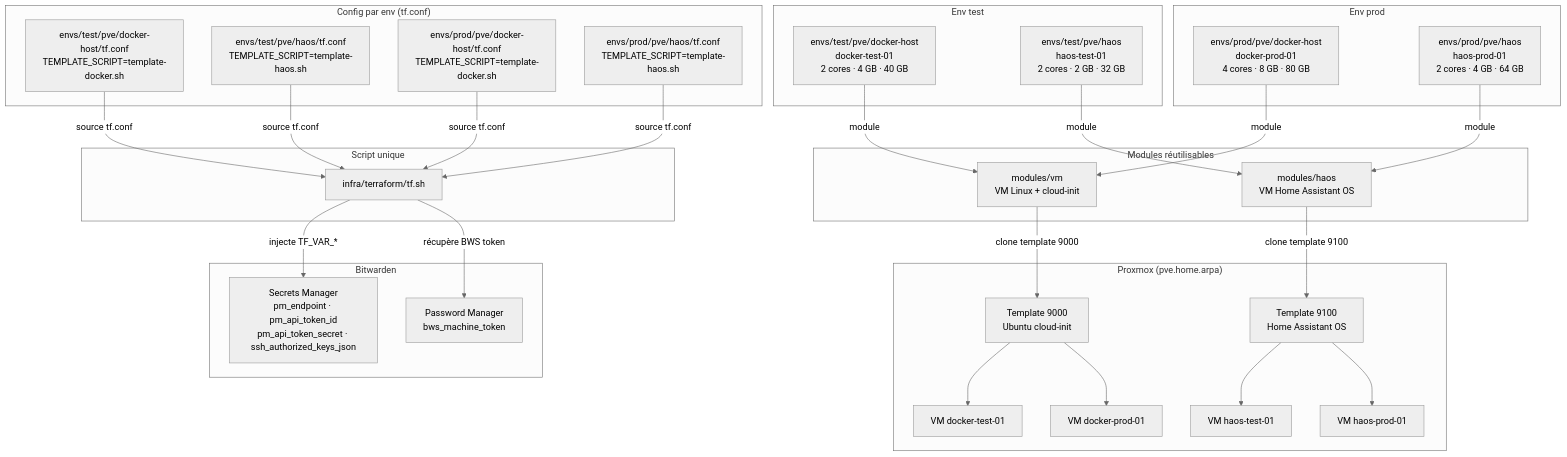
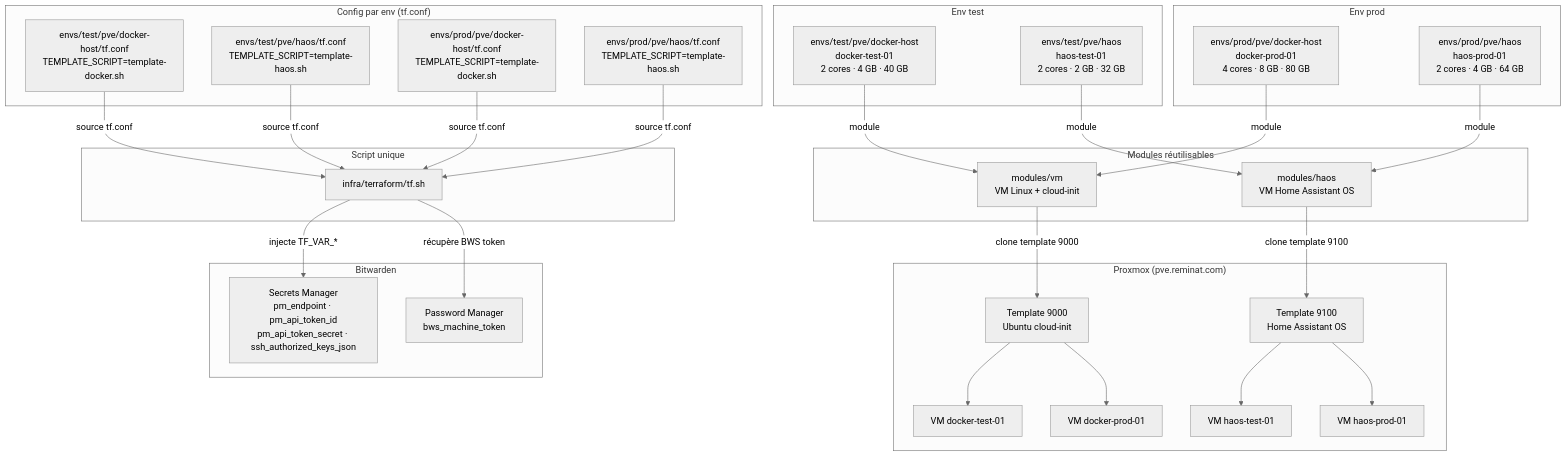
The diagram in infra/terraform/HOW-TO.md (reminat/remidom), drawn with Mermaid (neutral theme) before and after one commit. The commit also changed other lines of this file and 31 other files, not shown here.

````diff
--- a/infra/terraform/HOW-TO.md
+++ b/infra/terraform/HOW-TO.md
@@ -9,52 +9,52 @@
 ```mermaid
 graph TD
     subgraph Script["Script unique"]
         TF["infra/terraform/tf.sh"]
     end
 
     subgraph Conf["Config par env (tf.conf)"]
         C1["envs/test/pve/docker-host/tf.conf<br/>TEMPLATE_SCRIPT=template-docker.sh"]
         C2["envs/test/pve/haos/tf.conf<br/>TEMPLATE_SCRIPT=template-haos.sh"]
         C3["envs/prod/pve/docker-host/tf.conf<br/>TEMPLATE_SCRIPT=template-docker.sh"]
         C4["envs/prod/pve/haos/tf.conf<br/>TEMPLATE_SCRIPT=template-haos.sh"]
     end
 
     subgraph Modules["Modules réutilisables"]
         MV["modules/vm<br/>VM Linux + cloud-init"]
         MH["modules/haos<br/>VM Home Assistant OS"]
     end
 
     subgraph EnvTest["Env test"]
         ET1["envs/test/pve/docker-host<br/>docker-test-01<br/>2 cores · 4 GB · 40 GB"]
         ET2["envs/test/pve/haos<br/>haos-test-01<br/>2 cores · 2 GB · 32 GB"]
     end
 
     subgraph EnvProd["Env prod"]
         EP1["envs/prod/pve/docker-host<br/>docker-prod-01<br/>4 cores · 8 GB · 80 GB"]
         EP2["envs/prod/pve/haos<br/>haos-prod-01<br/>2 cores · 4 GB · 64 GB"]
     end
 
-    subgraph Proxmox["Proxmox (pve.home.arpa)"]
+    subgraph Proxmox["Proxmox (pve.reminat.com)"]
         TPL1["Template 9000<br/>Ubuntu cloud-init"]
         TPL2["Template 9100<br/>Home Assistant OS"]
         VM1["VM docker-test-01"]
         VM2["VM haos-test-01"]
         VM3["VM docker-prod-01"]
         VM4["VM haos-prod-01"]
     end
 
     subgraph Secrets["Bitwarden"]
         BW["Password Manager<br/>bws_machine_token"]
         BWS["Secrets Manager<br/>pm_endpoint · pm_api_token_id<br/>pm_api_token_secret · ssh_authorized_keys_json"]
     end
 
     C1 & C2 & C3 & C4 -->|"source tf.conf"| TF
     TF -->|"injecte TF_VAR_*"| BWS
     TF -->|"récupère BWS token"| BW
     ET1 & EP1 -->|"module"| MV
     ET2 & EP2 -->|"module"| MH
     MV -->|"clone template 9000"| TPL1
     MH -->|"clone template 9100"| TPL2
     TPL1 --> VM1 & VM3
     TPL2 --> VM2 & VM4
 ```
````
